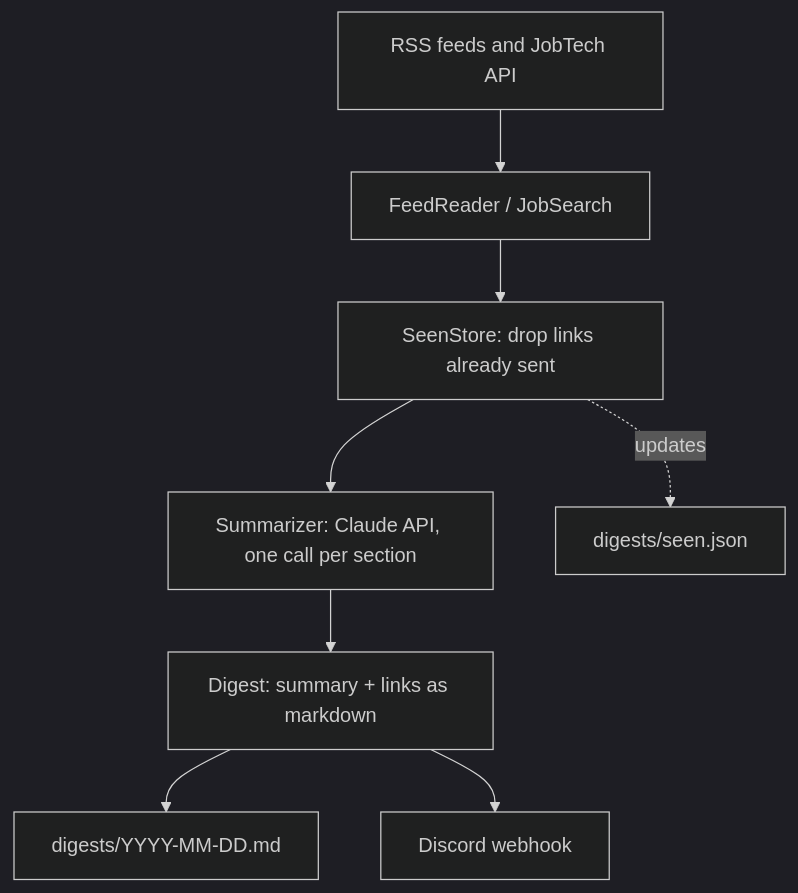
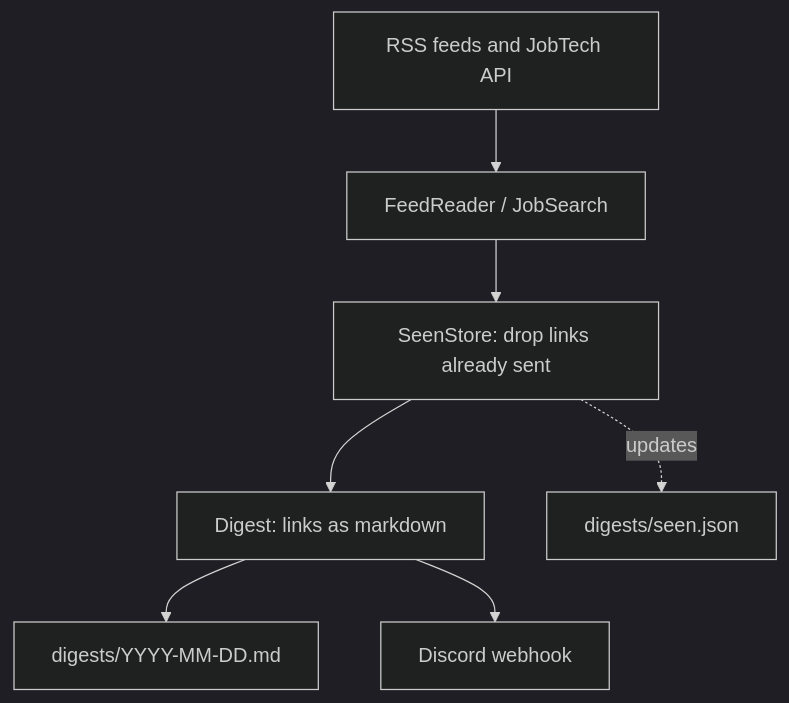
Before and after one commit to Megjafari/dev-digest: the diagram in README.md, drawn with Mermaid (dark theme). The commit also changed other lines of this file and 40 other files, not shown here.

````diff
--- a/README.md
+++ b/README.md
@@ -53,10 +55,9 @@
 ```mermaid
 flowchart TD
     A[RSS feeds and JobTech API] --> B[FeedReader / JobSearch]
     B --> C[SeenStore: drop links already sent]
-    C --> D[Summarizer: Claude API, one call per section]
-    D --> E[Digest: summary + links as markdown]
+    C --> E[Digest: links as markdown]
     E --> F[digests/YYYY-MM-DD.md]
     E --> G[Discord webhook]
     C -. updates .-> H[digests/seen.json]
 ```
````
